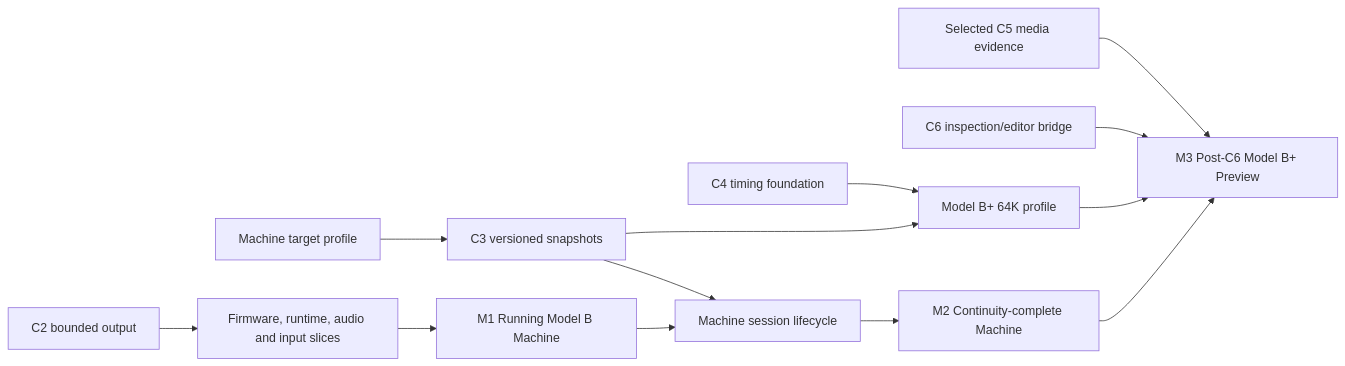
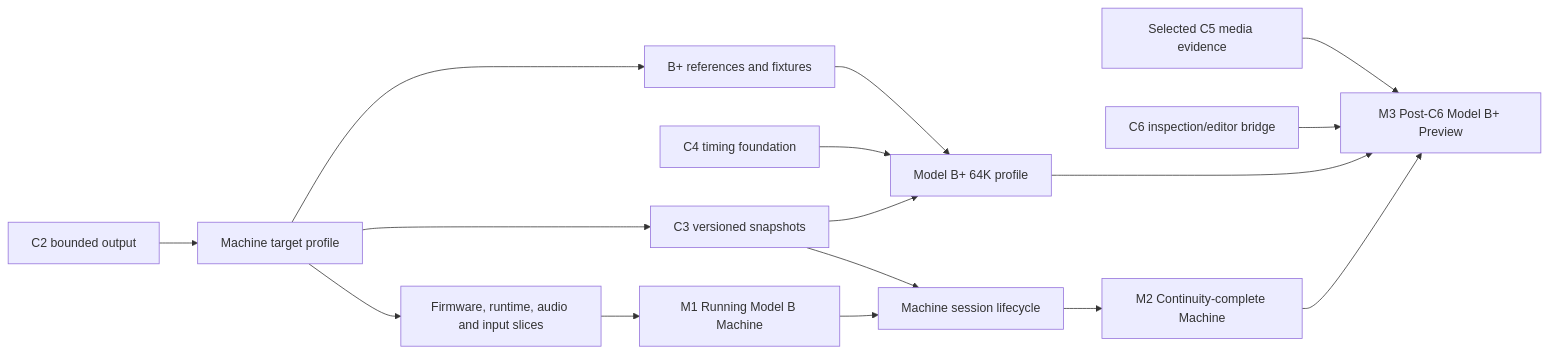
The diagram in docs/product/MACHINE_DELIVERY_PLAN.md (peternicholls/6502), drawn with Mermaid before and after one commit. The commit also changed other lines of this file and 5 other files, not shown here.

````diff
--- a/docs/product/MACHINE_DELIVERY_PLAN.md
+++ b/docs/product/MACHINE_DELIVERY_PLAN.md
@@ -180,15 +237,18 @@
 ```mermaid
 flowchart LR
-    C2["C2 bounded output"] --> H1["Firmware, runtime, audio and input slices"]
+    C2["C2 bounded output"] --> TP["Machine target profile"]
+    TP --> H1["Firmware, runtime, audio and input slices"]
     H1 --> M1["M1 Running Model B Machine"]
-    TP["Machine target profile"] --> C3["C3 versioned snapshots"]
+    TP --> C3["C3 versioned snapshots"]
     C3["C3 versioned snapshots"] --> S["Machine session lifecycle"]
     M1 --> S
     S --> M2["M2 Continuity-complete Machine"]
+    TP --> BR["B+ references and fixtures"]
+    BR --> BP["Model B+ 64K profile"]
     C4["C4 timing foundation"] --> BP["Model B+ 64K profile"]
     C3 --> BP
     C5["Selected C5 media evidence"] --> M3["M3 Post-C6 Model B+ Preview"]
     C6["C6 inspection/editor bridge"] --> M3
     BP --> M3
     M2 --> M3
 ```
````
